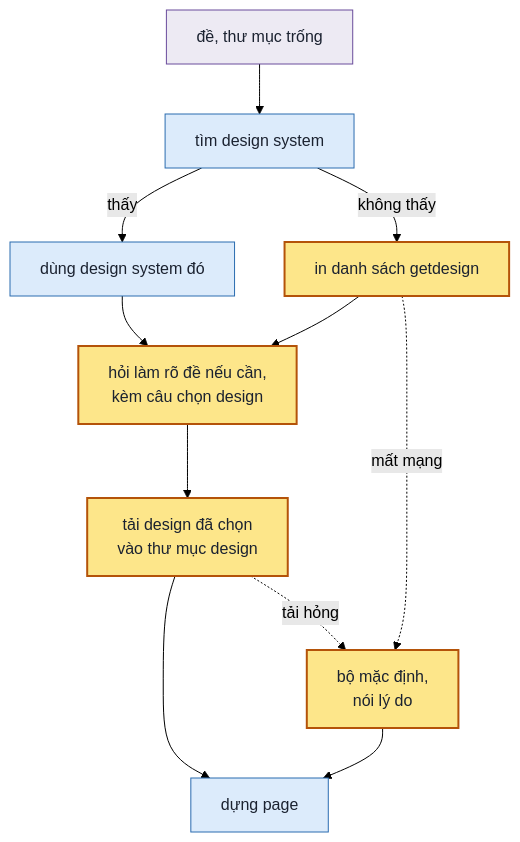
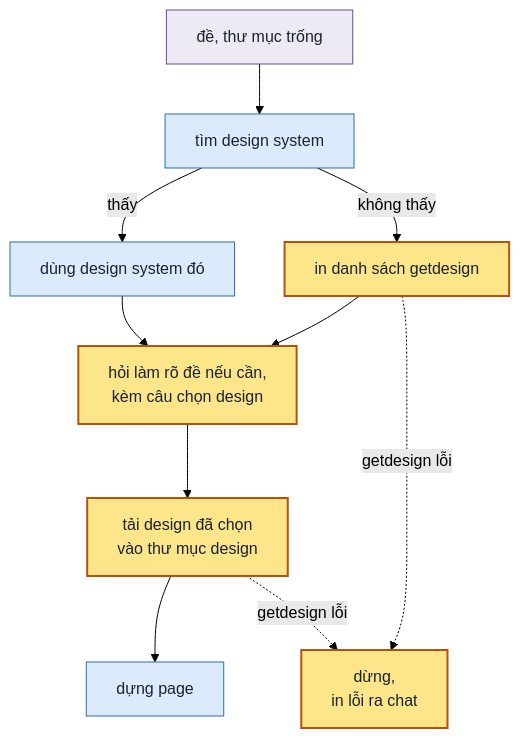
Before and after one commit to namitfruits/skills: the second of 2 diagrams in .plan/010-design-uiux-chon-design-getdesign.md, drawn with Mermaid (forest theme). The commit also changed other lines of this file and 24 other files, not shown here.

````diff
--- a/.plan/010-design-uiux-chon-design-getdesign.md
+++ b/.plan/010-design-uiux-chon-design-getdesign.md
@@ -61,19 +60,18 @@
 ```mermaid
 flowchart TB
   A["đề, thư mục trống"] --> B["tìm design system"]
   B -->|"thấy"| D["dùng design system đó"]
   B -->|"không thấy"| C["in danh sách getdesign"]
   C --> E["hỏi làm rõ đề nếu cần,<br/>kèm câu chọn design"]
   D --> E
   E --> G["tải design đã chọn<br/>vào thư mục design"]
   G --> F["dựng page"]
-  C -.->|"mất mạng"| H["bộ mặc định,<br/>nói lý do"]
-  G -.->|"tải hỏng"| H
-  H --> F
+  C -.->|"getdesign lỗi"| H["dừng,<br/>in lỗi ra chat"]
+  G -.->|"getdesign lỗi"| H
   classDef actor fill:#EDEAF3,stroke:#6a4c9c,color:#1b2230
   classDef step fill:#DCEBFB,stroke:#2b6cb0,color:#1b2230
   classDef new fill:#fde68a,stroke:#b45309,stroke-width:2px,color:#1b2230
   class A actor
   class B,D,F step
   class C,E,G,H new
 ```
````
